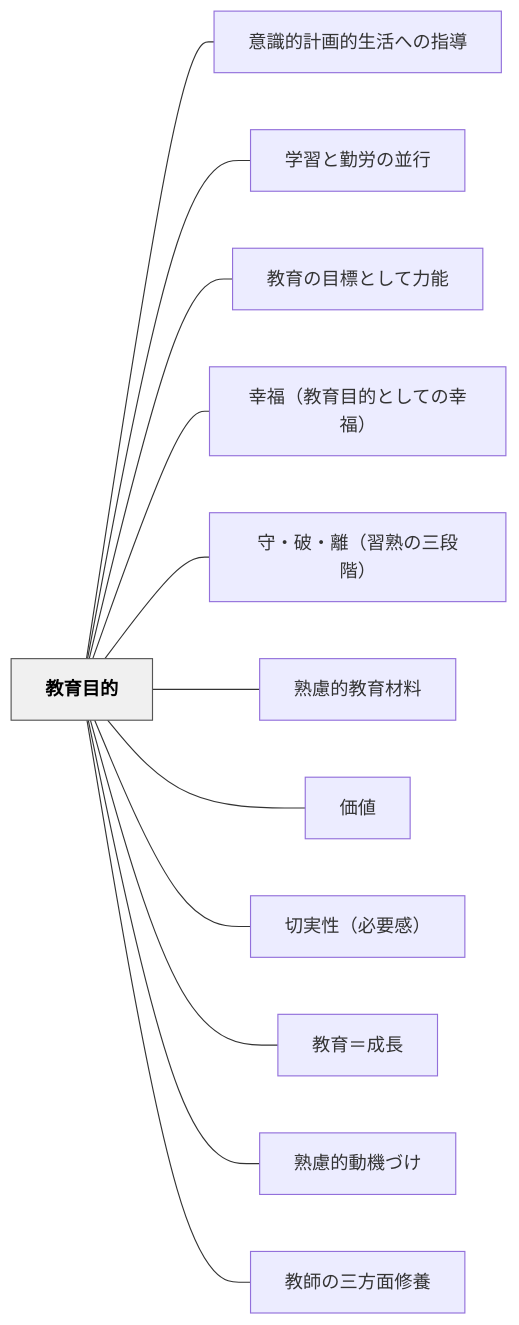
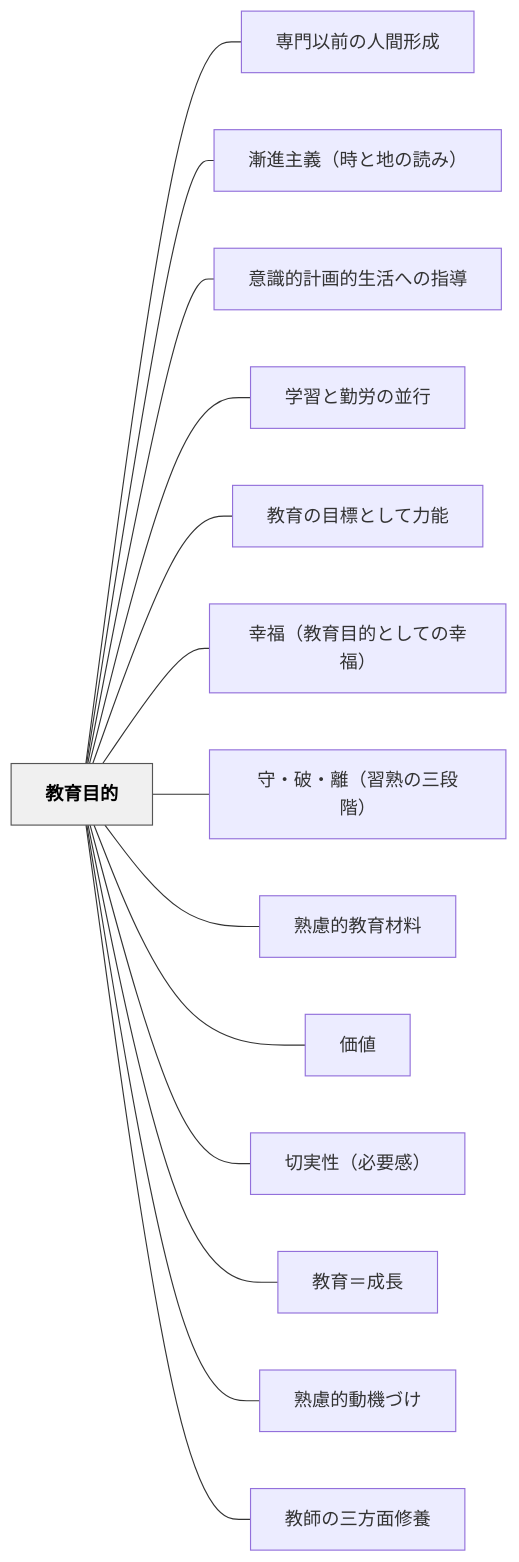
One commit to unknownthings-ed-patterns/unknownthings-ed-patterns changed the diagram in content/パタン/教育目的.md. Above: the diagram before and after it, drawn with Mermaid. The commit also changed other lines of this file and 185 other files, not shown here.

````diff
--- a/content/パタン/教育目的.md
+++ b/content/パタン/教育目的.md
@@ -218,30 +220,34 @@
 ```mermaid
 flowchart LR
     ne69599e882b2e79baee79a84["教育目的"]
+    ne5b082e99680e4bba5e5898de381aee4babae99693e5bda2e68890["専門以前の人間形成"]
+    ne6bcb8e980b2e4b8bbe7bea9efbc88e69982e381a8e59cb0e381aee8aaade381bfefbc89["漸進主義（時と地の読み）"]
     ne6848fe8ad98e79a84e8a888e794bbe79a84e7949fe6b4bbe381b8e381aee68c87e5b08e["意識的計画的生活への指導"]
     ne5ada6e7bf92e381a8e58ba4e58ab4e381aee4b8a6e8a18c["学習と勤労の並行"]
     ne69599e882b2e381aee79baee6a899e381a8e38197e381a6e58a9be883bd["教育の目標として力能"]
     ne5b9b8e7a68fefbc88e69599e882b2e79baee79a84e381a8e38197e381a6e381aee5b9b8e7a68fefbc89["幸福（教育目的としての幸福）"]
     ne5ae88e383bbe7a0b4e383bbe99ba2efbc88e7bf92e7869fe381aee4b889e6aeb5e99a8eefbc89["守・破・離（習熟の三段階）"]
     ne7869fe685aee79a84e69599e882b2e69d90e69699["熟慮的教育材料"]
     ne4bea1e580a4["価値"]
     ne58887e5ae9fe680a7efbc88e5bf85e8a681e6849fefbc89["切実性（必要感）"]
     ne69599e882b2efbc9de68890e995b7["教育＝成長"]
     ne7869fe685aee79a84e58b95e6a99fe381a5e38191["熟慮的動機づけ"]
     ne69599e5b8abe381aee4b889e696b9e99da2e4bfaee9a48a["教師の三方面修養"]
 
+    ne69599e882b2e79baee79a84 --- ne5b082e99680e4bba5e5898de381aee4babae99693e5bda2e68890
+    ne69599e882b2e79baee79a84 --- ne6bcb8e980b2e4b8bbe7bea9efbc88e69982e381a8e59cb0e381aee8aaade381bfefbc89
     ne69599e882b2e79baee79a84 --- ne6848fe8ad98e79a84e8a888e794bbe79a84e7949fe6b4bbe381b8e381aee68c87e5b08e
     ne69599e882b2e79baee79a84 --- ne5ada6e7bf92e381a8e58ba4e58ab4e381aee4b8a6e8a18c
     ne69599e882b2e79baee79a84 --- ne69599e882b2e381aee79baee6a899e381a8e38197e381a6e58a9be883bd
     ne69599e882b2e79baee79a84 --- ne5b9b8e7a68fefbc88e69599e882b2e79baee79a84e381a8e38197e381a6e381aee5b9b8e7a68fefbc89
     ne69599e882b2e79baee79a84 --- ne5ae88e383bbe7a0b4e383bbe99ba2efbc88e7bf92e7869fe381aee4b889e6aeb5e99a8eefbc89
     ne69599e882b2e79baee79a84 --- ne7869fe685aee79a84e69599e882b2e69d90e69699
     ne69599e882b2e79baee79a84 --- ne4bea1e580a4
     ne69599e882b2e79baee79a84 --- ne58887e5ae9fe680a7efbc88e5bf85e8a681e6849fefbc89
     ne69599e882b2e79baee79a84 --- ne69599e882b2efbc9de68890e995b7
     ne69599e882b2e79baee79a84 --- ne7869fe685aee79a84e58b95e6a99fe381a5e38191
     ne69599e882b2e79baee79a84 --- ne69599e5b8abe381aee4b889e696b9e99da2e4bfaee9a48a
 
     classDef hub fill:#f0f0f0,stroke:#555,color:#000,font-weight:bold
     class ne69599e882b2e79baee79a84 hub
 ```
````
